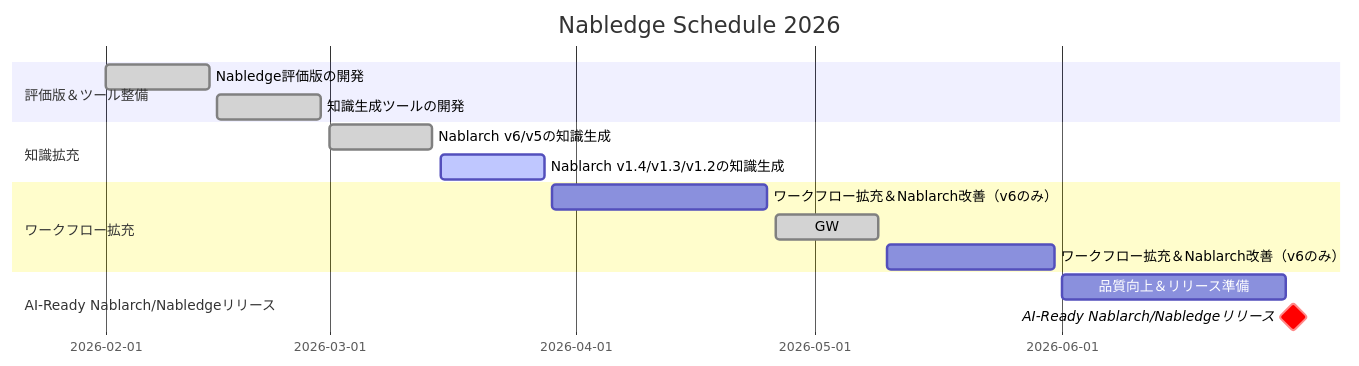
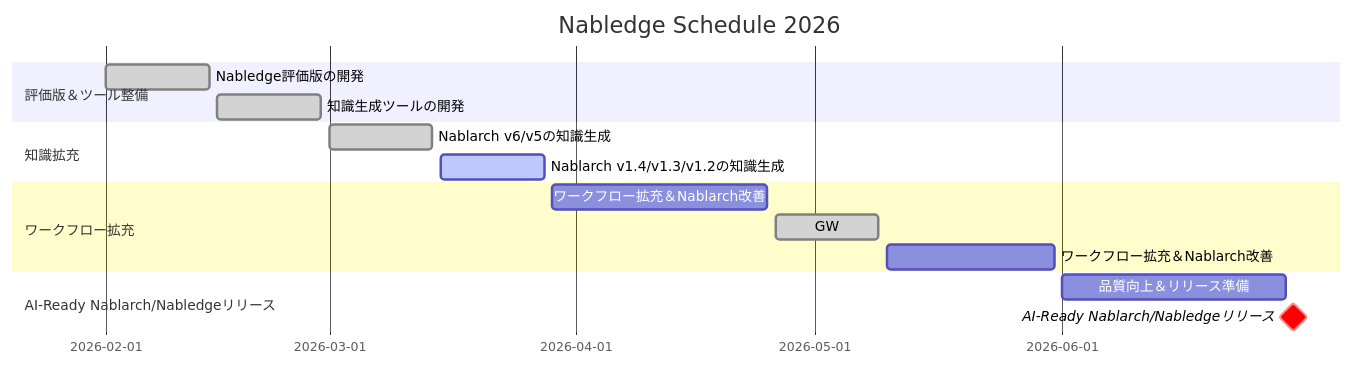
Before and after one commit to nablarch/nabledge-dev: the diagram in docs/development-status.md, drawn with Mermaid.

Commit message:
docs: revert Gantt chart Nablarch改善 label to original

````diff
--- a/docs/development-status.md
+++ b/docs/development-status.md
@@ -19,25 +19,25 @@
 ```mermaid
 gantt
     title Nabledge Schedule 2026
     dateFormat YYYY-MM-DD
 
     section 評価版＆ツール整備
     Nabledge評価版の開発             :done, 2026-02-01, 2026-02-14
     知識生成ツールの開発             :done, 2026-02-15, 2026-02-28
 
     section 知識拡充
     Nablarch v6/v5の知識生成        :done, 2026-03-01, 2026-03-14
     Nablarch v1.4/v1.3/v1.2の知識生成 :active, 2026-03-15, 2026-03-28
 
     section ワークフロー拡充
-    ワークフロー拡充＆Nablarch改善（v6のみ）    :2026-03-29, 2026-04-25
+    ワークフロー拡充＆Nablarch改善    :2026-03-29, 2026-04-25
     GW                             :done, 2026-04-26, 2026-05-09
-    ワークフロー拡充＆Nablarch改善（v6のみ）    :2026-05-10, 2026-05-31
+    ワークフロー拡充＆Nablarch改善    :2026-05-10, 2026-05-31
 
     section AI-Ready Nablarch/Nabledgeリリース
     品質向上＆リリース準備                        :2026-06-01, 2026-06-29
     AI-Ready Nablarch/Nabledgeリリース          :crit, milestone, 2026-06-30, 0d
 
     section
     　                                          :done, 2026-07-01, 2026-07-14
 ```
````
